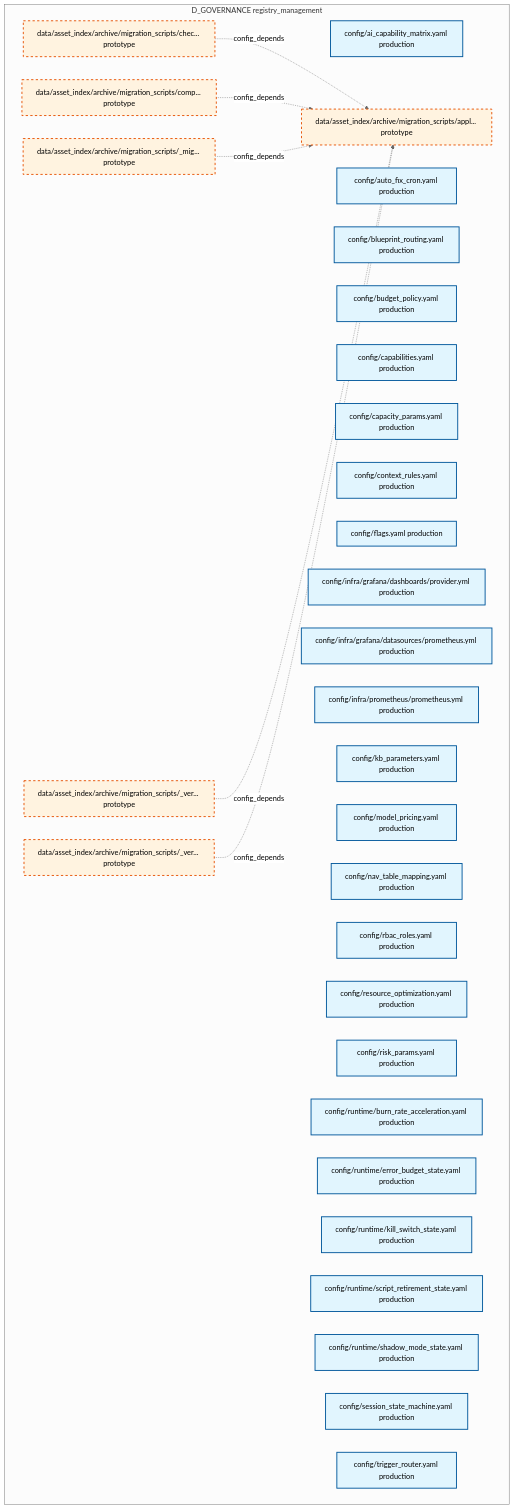
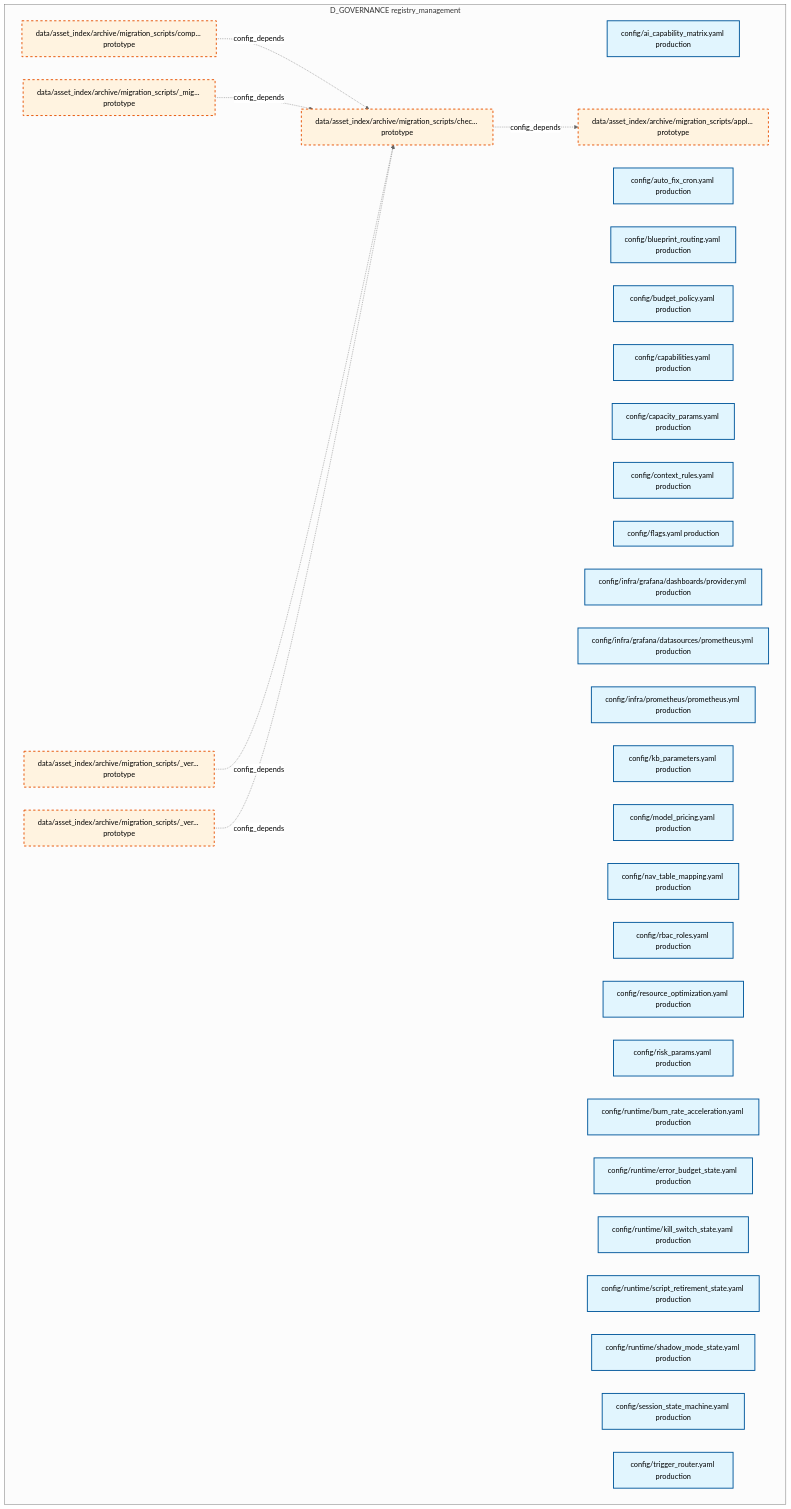
One commit to xuanFelixVan/ZephyrAlpha changed the first of 28 diagrams in docs/02_enterprise_architecture/02_domain_architecture_docs/31_d_governance.md. Above: the diagram before and after it, drawn with Mermaid (neutral theme). The commit also changed other lines of this file and 99 other files, not shown here.

````diff
--- a/docs/02_enterprise_architecture/02_domain_architecture_docs/31_d_governance.md
+++ b/docs/02_enterprise_architecture/02_domain_architecture_docs/31_d_governance.md
@@ -49,46 +49,46 @@
 ```mermaid
 graph TD
     subgraph D_GOVERNANCE["D_GOVERNANCE registry_management"]
         config_ai_capability_matrix_yaml["config/ai_capability_matrix.yaml production"]
         config_auto_fix_cron_yaml["config/auto_fix_cron.yaml production"]
         config_blueprint_routing_yaml["config/blueprint_routing.yaml production"]
         config_budget_policy_yaml["config/budget_policy.yaml production"]
         config_capabilities_yaml["config/capabilities.yaml production"]
         config_capacity_params_yaml["config/capacity_params.yaml production"]
         config_context_rules_yaml["config/context_rules.yaml production"]
         config_flags_yaml["config/flags.yaml production"]
         config_infra_grafana_dashboards_provider_yml["config/infra/grafana/dashboards/provider.yml production"]
         config_infra_grafana_datasources_prometheus_yml["config/infra/grafana/datasources/prometheus.yml production"]
         config_infra_prometheus_prometheus_yml["config/infra/prometheus/prometheus.yml production"]
         config_kb_parameters_yaml["config/kb_parameters.yaml production"]
         config_model_pricing_yaml["config/model_pricing.yaml production"]
         config_nav_table_mapping_yaml["config/nav_table_mapping.yaml production"]
         config_rbac_roles_yaml["config/rbac_roles.yaml production"]
         config_resource_optimization_yaml["config/resource_optimization.yaml production"]
         config_risk_params_yaml["config/risk_params.yaml production"]
         config_runtime_burn_rate_acceleration_yaml["config/runtime/burn_rate_acceleration.yaml production"]
         config_runtime_error_budget_state_yaml["config/runtime/error_budget_state.yaml production"]
         config_runtime_kill_switch_state_yaml["config/runtime/kill_switch_state.yaml production"]
         config_runtime_script_retirement_state_yaml["config/runtime/script_retirement_state.yaml production"]
         config_runtime_shadow_mode_state_yaml["config/runtime/shadow_mode_state.yaml production"]
         config_session_state_machine_yaml["config/session_state_machine.yaml production"]
         config_trigger_router_yaml["config/trigger_router.yaml production"]
         data_asset_index_archive_migration_scripts_migration_shared_py["data/asset_index/archive/migration_scripts/_mig... prototype"]
         data_asset_index_archive_migration_scripts_verify_manifest_py["data/asset_index/archive/migration_scripts/_ver... prototype"]
         data_asset_index_archive_migration_scripts_verify_step4_py["data/asset_index/archive/migration_scripts/_ver... prototype"]
         data_asset_index_archive_migration_scripts_apply_rulings_py["data/asset_index/archive/migration_scripts/appl... prototype"]
         data_asset_index_archive_migration_scripts_check_coverage_py["data/asset_index/archive/migration_scripts/chec... prototype"]
         data_asset_index_archive_migration_scripts_comprehensive_import_fix_py["data/asset_index/archive/migration_scripts/comp... prototype"]
     end
     data_asset_index_archive_migration_scripts_check_coverage_py -.->|config_depends| data_asset_index_archive_migration_scripts_apply_rulings_py
-    data_asset_index_archive_migration_scripts_comprehensive_import_fix_py -.->|config_depends| data_asset_index_archive_migration_scripts_apply_rulings_py
-    data_asset_index_archive_migration_scripts_migration_shared_py -.->|config_depends| data_asset_index_archive_migration_scripts_apply_rulings_py
-    data_asset_index_archive_migration_scripts_verify_manifest_py -.->|config_depends| data_asset_index_archive_migration_scripts_apply_rulings_py
-    data_asset_index_archive_migration_scripts_verify_step4_py -.->|config_depends| data_asset_index_archive_migration_scripts_apply_rulings_py
+    data_asset_index_archive_migration_scripts_comprehensive_import_fix_py -.->|config_depends| data_asset_index_archive_migration_scripts_check_coverage_py
+    data_asset_index_archive_migration_scripts_migration_shared_py -.->|config_depends| data_asset_index_archive_migration_scripts_check_coverage_py
+    data_asset_index_archive_migration_scripts_verify_step4_py -.->|config_depends| data_asset_index_archive_migration_scripts_check_coverage_py
+    data_asset_index_archive_migration_scripts_verify_manifest_py -.->|config_depends| data_asset_index_archive_migration_scripts_check_coverage_py
     classDef production fill:#e1f5fe,stroke:#01579b,stroke-width:2px,color:#000
     classDef design fill:#fff3e0,stroke:#e65100,stroke-width:2px,color:#000,stroke-dasharray: 5 5
     classDef external_prod fill:#e8f5e9,stroke:#1b5e20,stroke-width:1px,color:#000
     classDef external_design fill:#fce4ec,stroke:#880e4f,stroke-width:1px,color:#000,stroke-dasharray: 5 5
     class config_ai_capability_matrix_yaml,config_auto_fix_cron_yaml,config_blueprint_routing_yaml,config_budget_policy_yaml,config_capabilities_yaml,config_capacity_params_yaml,config_context_rules_yaml,config_flags_yaml,config_infra_grafana_dashboards_provider_yml,config_infra_grafana_datasources_prometheus_yml,config_infra_prometheus_prometheus_yml,config_kb_parameters_yaml,config_model_pricing_yaml,config_nav_table_mapping_yaml,config_rbac_roles_yaml,config_resource_optimization_yaml,config_risk_params_yaml,config_runtime_burn_rate_acceleration_yaml,config_runtime_error_budget_state_yaml,config_runtime_kill_switch_state_yaml,config_runtime_script_retirement_state_yaml,config_runtime_shadow_mode_state_yaml,config_session_state_machine_yaml,config_trigger_router_yaml production
     class data_asset_index_archive_migration_scripts_migration_shared_py,data_asset_index_archive_migration_scripts_verify_manifest_py,data_asset_index_archive_migration_scripts_verify_step4_py,data_asset_index_archive_migration_scripts_apply_rulings_py,data_asset_index_archive_migration_scripts_check_coverage_py,data_asset_index_archive_migration_scripts_comprehensive_import_fix_py design
 ```
````
